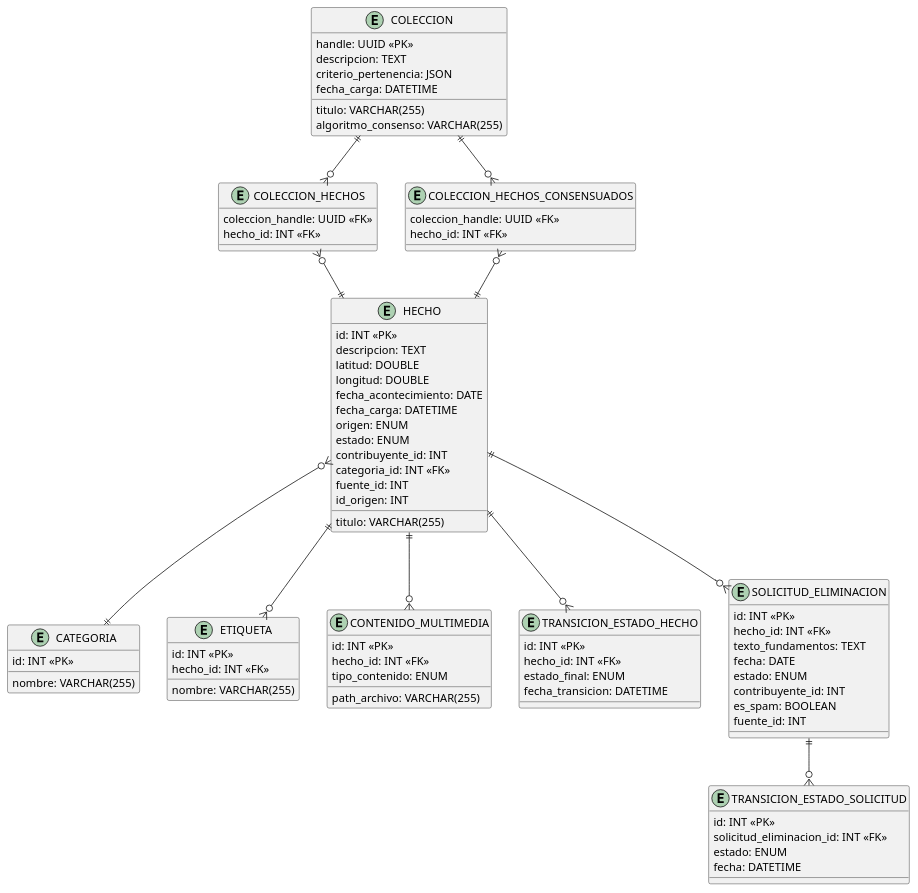
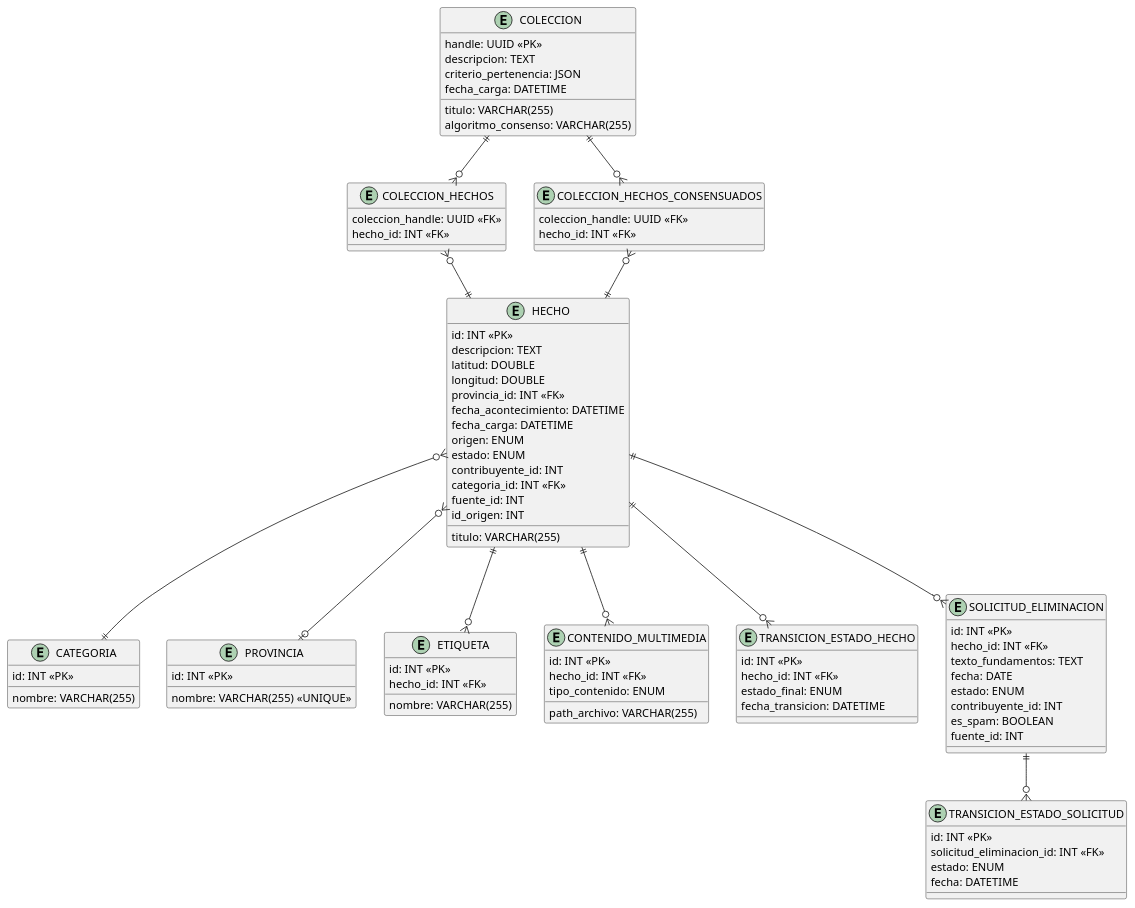
The diagram in entregables/entrega-final/diagrama-entidad-relacion/agregador.puml (NicolasPazz/metamapa), drawn with PlantUML before and after one commit. The commit also changed 24 other files, not shown here.

```diff
--- a/entregables/entrega-final/diagrama-entidad-relacion/agregador.puml
+++ b/entregables/entrega-final/diagrama-entidad-relacion/agregador.puml
@@ -1,92 +1,99 @@
 @startuml
 
 entity "HECHO" as h {
 id: INT <<PK>>
 titulo: VARCHAR(255)
 descripcion: TEXT
 latitud: DOUBLE
 longitud: DOUBLE
-fecha_acontecimiento: DATE
+provincia_id: INT <<FK>>
+fecha_acontecimiento: DATETIME
 fecha_carga: DATETIME
 origen: ENUM
 estado: ENUM
 contribuyente_id: INT
 categoria_id: INT <<FK>>
 fuente_id: INT
 id_origen: INT
 }
 
 entity "CATEGORIA" as cat {
 id: INT <<PK>>
 nombre: VARCHAR(255)
+}
+
+entity "PROVINCIA" as prov {
+id: INT <<PK>>
+nombre: VARCHAR(255) <<UNIQUE>>
 }
 
 entity "ETIQUETA" as etiq {
 id: INT <<PK>>
 hecho_id: INT <<FK>>
 nombre: VARCHAR(255)
 }
 
 entity "CONTENIDO_MULTIMEDIA" as multi {
 id: INT <<PK>>
 hecho_id: INT <<FK>>
 path_archivo: VARCHAR(255)
 tipo_contenido: ENUM
 }
 
 entity "TRANSICION_ESTADO_HECHO" as teh {
 id: INT <<PK>>
 hecho_id: INT <<FK>>
 estado_final: ENUM
 fecha_transicion: DATETIME
 }
 
 entity "COLECCION" as col {
 handle: UUID <<PK>>
 titulo: VARCHAR(255)
 descripcion: TEXT
 criterio_pertenencia: JSON
 algoritmo_consenso: VARCHAR(255)
 fecha_carga: DATETIME
 }
 
 entity "COLECCION_HECHOS" as ch {
 coleccion_handle: UUID <<FK>>
 hecho_id: INT <<FK>>
 }
 
 entity "COLECCION_HECHOS_CONSENSUADOS" as chc {
 coleccion_handle: UUID <<FK>>
 hecho_id: INT <<FK>>
 }
 
 entity "SOLICITUD_ELIMINACION" as se {
 id: INT <<PK>>
 hecho_id: INT <<FK>>
 texto_fundamentos: TEXT
 fecha: DATE
 estado: ENUM
 contribuyente_id: INT
 es_spam: BOOLEAN
 fuente_id: INT
 }
 
 entity "TRANSICION_ESTADO_SOLICITUD" as tes {
 id: INT <<PK>>
 solicitud_eliminacion_id: INT <<FK>>
 estado: ENUM
 fecha: DATETIME
 }
 
 h }o--|| cat
+h }o--o| prov
 h ||--o{ etiq
 h ||--o{ multi
 h ||--o{ teh
 h ||--o{ se
 col ||--o{ ch
 col ||--o{ chc
 ch }o--|| h
 chc }o--|| h
 se ||--o{ tes
 
 @enduml
```
